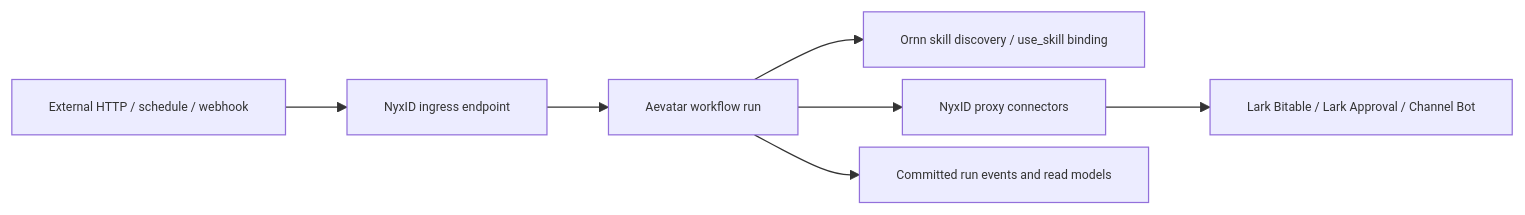
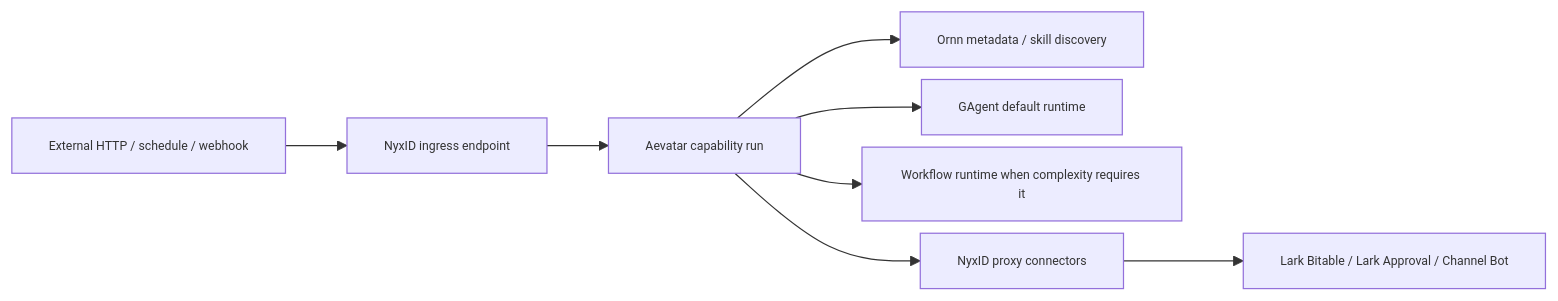
The diagram in docs/design/2026-05-26-aevatar-native-s-workflows.md (aevatarAI/aevatar), drawn with Mermaid before and after one commit. The commit also changed other lines of this file and 15 other files, not shown here.

First line of the commit message:
refactor(workflows): 改为 Ornn 托管的 capability-first runtime 绑定

````diff
--- a/docs/design/2026-05-26-aevatar-native-s-workflows.md
+++ b/docs/design/2026-05-26-aevatar-native-s-workflows.md
@@ -33,10 +35,11 @@
 ```mermaid
 %%{init: {"maxTextSize": 100000, "flowchart": {"useMaxWidth": false, "nodeSpacing": 10, "rankSpacing": 50}, "themeVariables": {"fontSize": "10px"}}}%%
 flowchart LR
     A["External HTTP / schedule / webhook"] --> B["NyxID ingress endpoint"]
-    B --> C["Aevatar workflow run"]
-    C --> D["Ornn skill discovery / use_skill binding"]
-    C --> E["NyxID proxy connectors"]
-    E --> F["Lark Bitable / Lark Approval / Channel Bot"]
-    C --> G["Committed run events and read models"]
+    B --> C["Aevatar capability run"]
+    C --> D["Ornn metadata / skill discovery"]
+    C --> E["GAgent default runtime"]
+    C --> F["Workflow runtime when complexity requires it"]
+    C --> G["NyxID proxy connectors"]
+    G --> H["Lark Bitable / Lark Approval / Channel Bot"]
 ```
````
